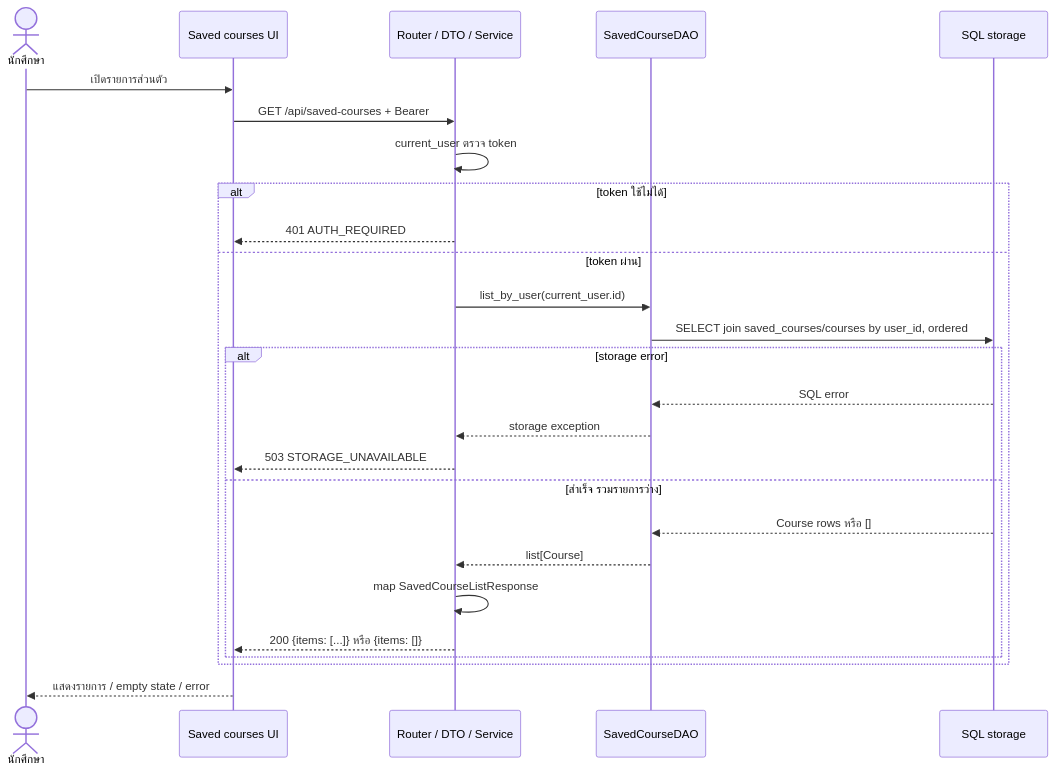
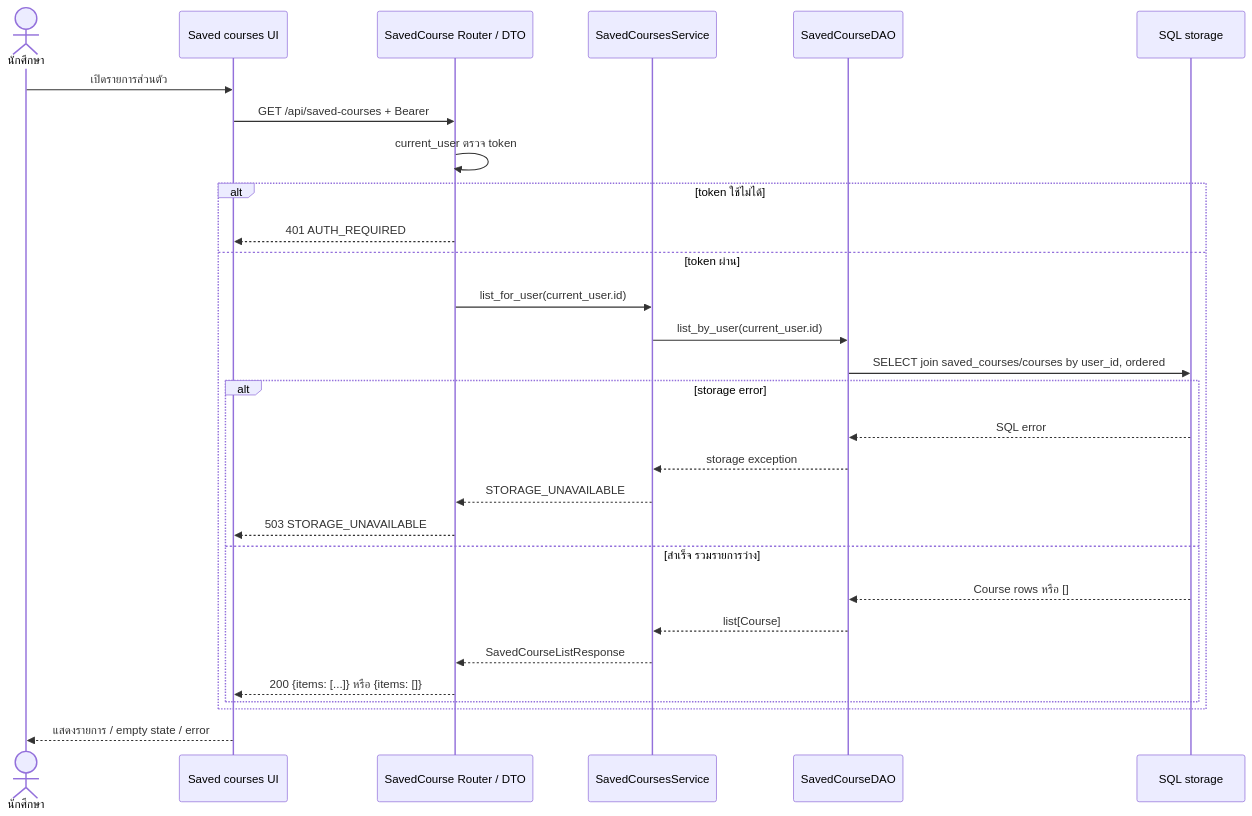
One commit to Lilieay/cs261-group4-100001 changed the diagram in docs/U10/design/task104-saved-courses-list.mmd. Above: the diagram before and after it, drawn with Mermaid. The commit also changed 3 other files, not shown here.

```diff
--- a/docs/U10/design/task104-saved-courses-list.mmd
+++ b/docs/U10/design/task104-saved-courses-list.mmd
@@ -1,26 +1,29 @@
 sequenceDiagram
     actor Student as นักศึกษา
     participant UI as Saved courses UI
-    participant API as Router / DTO / Service
+    participant API as SavedCourse Router / DTO
+    participant SVC as SavedCoursesService
     participant DAO as SavedCourseDAO
     participant DB as SQL storage
     Student->>UI: เปิดรายการส่วนตัว
     UI->>API: GET /api/saved-courses + Bearer
     API->>API: current_user ตรวจ token
     alt token ใช้ไม่ได้
         API-->>UI: 401 AUTH_REQUIRED
     else token ผ่าน
-        API->>DAO: list_by_user(current_user.id)
+        API->>SVC: list_for_user(current_user.id)
+        SVC->>DAO: list_by_user(current_user.id)
         DAO->>DB: SELECT join saved_courses/courses by user_id, ordered
         alt storage error
             DB-->>DAO: SQL error
-            DAO-->>API: storage exception
+            DAO-->>SVC: storage exception
+            SVC-->>API: STORAGE_UNAVAILABLE
             API-->>UI: 503 STORAGE_UNAVAILABLE
         else สำเร็จ รวมรายการว่าง
             DB-->>DAO: Course rows หรือ []
-            DAO-->>API: list[Course]
-            API->>API: map SavedCourseListResponse
+            DAO-->>SVC: list[Course]
+            SVC-->>API: SavedCourseListResponse
             API-->>UI: 200 {items: [...]} หรือ {items: []}
         end
     end
     UI-->>Student: แสดงรายการ / empty state / error
```
